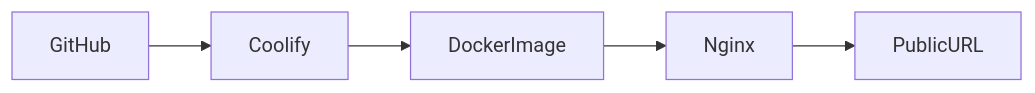
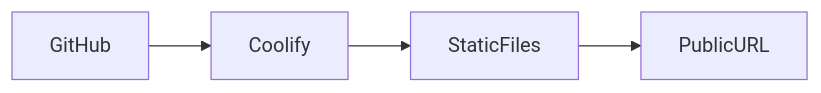
Before and after one commit to AdamMomen/usdc-control-plane: the third of 31 diagrams in architecture.md, drawn with Mermaid. The commit also changed other lines of this file and 5 other files, not shown here.

Commit message:
Refactor deployment approach: remove Docker and Nginx configurations, transition to static site hosting with Coolify. Update documentation to reflect changes in architecture and deployment process.

````diff
--- a/architecture.md
+++ b/architecture.md
@@ -80,8 +78,7 @@
 ```mermaid
 flowchart LR
 
 GitHub --> Coolify
-Coolify --> DockerImage
-DockerImage --> Nginx
-Nginx --> PublicURL
+Coolify --> StaticFiles
+StaticFiles --> PublicURL
 ```
````
